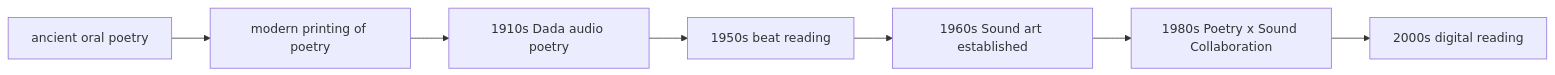
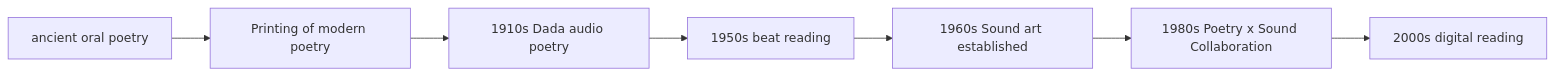
The first of 2 diagrams in en/_posts/2026-01-31-column-poetry-soundart.md (monumental-movement/monumental-movement.github.io), drawn with Mermaid before and after one commit. The commit also changed other lines of this file and 435 other files, not shown here.

```diff
--- a/en/_posts/2026-01-31-column-poetry-soundart.md
+++ b/en/_posts/2026-01-31-column-poetry-soundart.md
@@ -145,9 +145,9 @@
 <div class="mermaid">
 graph LR
-A[ancient oral poetry] --> B[modern printing of poetry]
+A[ancient oral poetry] --> B[Printing of modern poetry]
 B --> C[1910s Dada audio poetry]
 C --> D[1950s beat reading]
 D --> E[1960s Sound art established]
 E --> F[1980s Poetry x Sound Collaboration]
 F --> G[2000s digital reading]
 </div>
```
